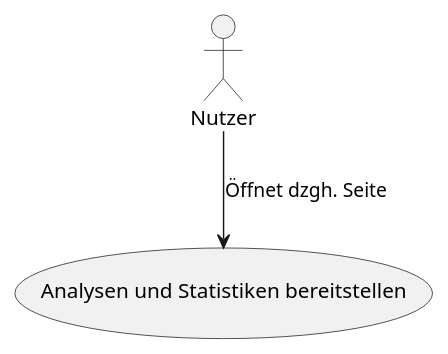
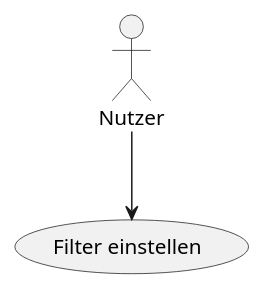
One commit to SoftwareEngineeringOne/wiki changed diagram 17 of 20 in wiki/topics/Inkremente/00/Anforderungsanalyse.md. Above: the diagram before and after it, drawn with PlantUML. The commit also changed other lines of this file, not shown here.

````diff
--- a/wiki/topics/Inkremente/00/Anforderungsanalyse.md
+++ b/wiki/topics/Inkremente/00/Anforderungsanalyse.md
@@ -578,6 +525,6 @@
 ```plantuml
 @startuml
-"Analysen und Statistiken bereitstellen" as (Use)
-:Nutzer: --> (Use): Öffnet dzgh. Seite
+"Filter einstellen" as (Use)
+:Nutzer: --> (Use)
 @enduml
 ```
````
